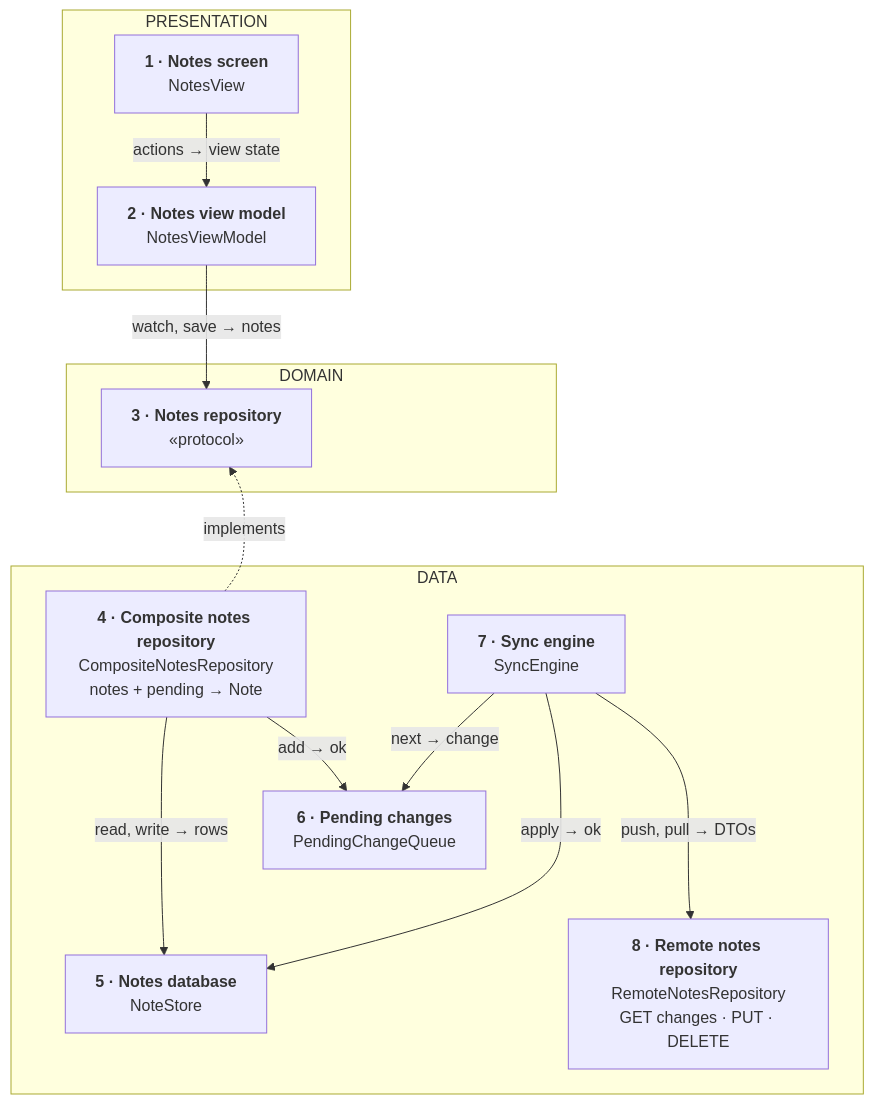
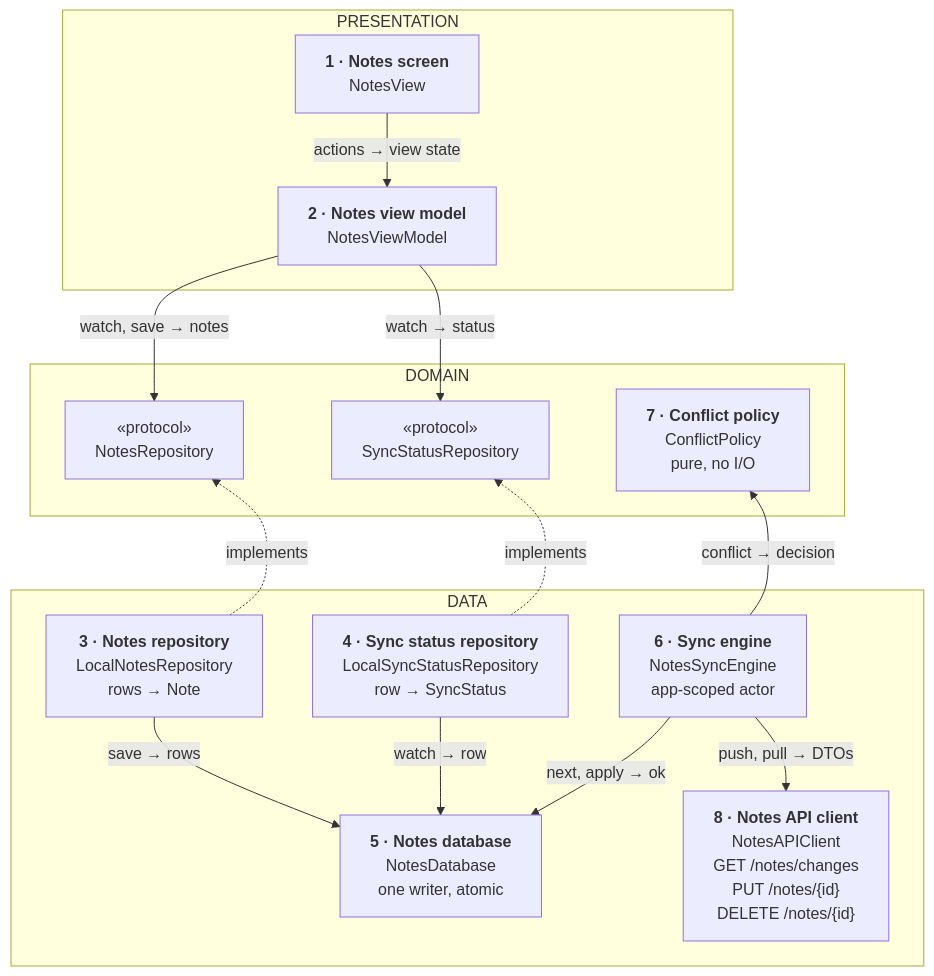
The first of 3 diagrams in topics/system-design/04-offline-notes-sync.md (rezabina86/reference-desk), drawn with Mermaid before and after one commit. The commit also changed other lines of this file and 19 other files, not shown here.

````diff
--- a/topics/system-design/04-offline-notes-sync.md
+++ b/topics/system-design/04-offline-notes-sync.md
@@ -125,41 +134,53 @@
 ```mermaid
 flowchart TB
   subgraph P["PRESENTATION"]
     View["`**1 · Notes screen**
 NotesView`"] -- "actions → view state" --> VM["`**2 · Notes view model**
 NotesViewModel`"]
   end
   subgraph D["DOMAIN"]
-    Repo["`**3 · Notes repository**
-«protocol»`"]
+    NotesP["`«protocol»
+NotesRepository`"]
+    StatusP["`«protocol»
+SyncStatusRepository`"]
+    Policy["`**7 · Conflict policy**
+ConflictPolicy
+pure, no I/O`"]
   end
   subgraph DA["DATA"]
-    Comp["`**4 · Composite notes repository**
-CompositeNotesRepository
-notes + pending → Note`"]
-    Sync["`**7 · Sync engine**
-SyncEngine`"]
+    Notes["`**3 · Notes repository**
+LocalNotesRepository
+rows → Note`"]
+    Status["`**4 · Sync status repository**
+LocalSyncStatusRepository
+row → SyncStatus`"]
+    Sync["`**6 · Sync engine**
+NotesSyncEngine
+app-scoped actor`"]
     DB["`**5 · Notes database**
-NoteStore`"]
-    Pend["`**6 · Pending changes**
-PendingChangeQueue`"]
-    Remote["`**8 · Remote notes repository**
-RemoteNotesRepository
-GET changes · PUT · DELETE`"]
+NotesDatabase
+one writer, atomic`"]
+    API["`**8 · Notes API client**
+NotesAPIClient
+GET /notes/changes
+PUT /notes/{id}
+DELETE /notes/{id}`"]
   end
-  VM -- "watch, save → notes" --> Repo
-  Repo ~~~ Comp
-  Comp -. "implements" .-> Repo
-  Repo ~~~ Sync
-  Comp -- "add → ok" --> Pend
-  Sync -- "next → change" --> Pend
-  Sync -- "push, pull → DTOs" --> Remote
-  Pend ~~~ DB
-  Pend ~~~ Remote
-  Comp -- "read, write → rows" --> DB
-  Sync -- "apply → ok" --> DB
+  VM -- "watch, save → notes" --> NotesP
+  VM -- "watch → status" --> StatusP
+  VM ~~~ Policy
+  NotesP ~~~ Notes
+  Notes -. "implements" .-> NotesP
+  StatusP ~~~ Status
+  Status -. "implements" .-> StatusP
+  Policy ~~~ Sync
+  Sync -- "conflict → decision" --> Policy
+  Notes -- "save → rows" --> DB
+  Status -- "watch → row" --> DB
+  Sync -- "next, apply → ok" --> DB
+  Sync -- "push, pull → DTOs" --> API
   class View,VM pres
-  class Repo dom
-  class Comp,Sync,DB,Pend data
-  class Remote net
+  class NotesP,StatusP,Policy dom
+  class Notes,Status,Sync,DB data
+  class API net
 ```
````
